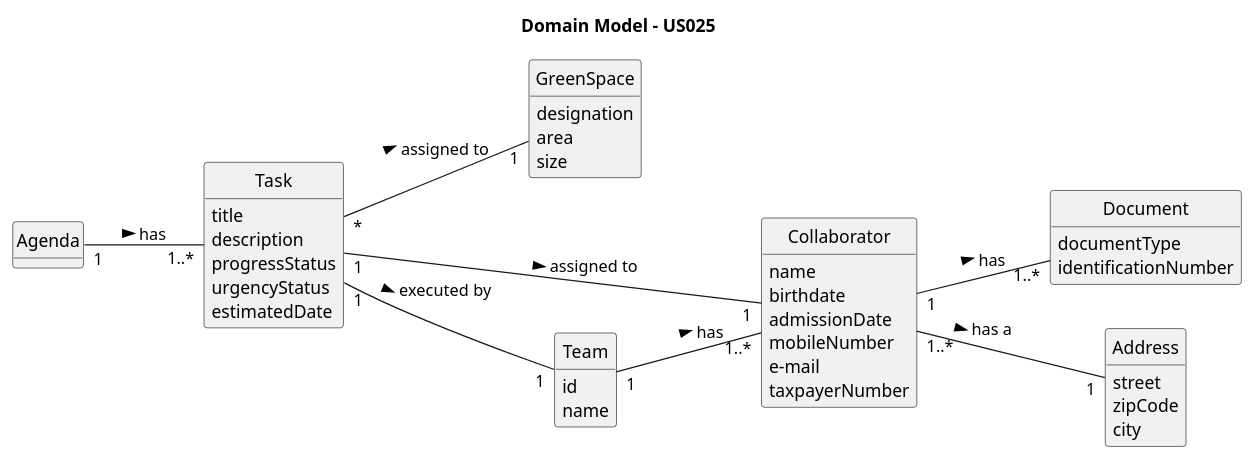
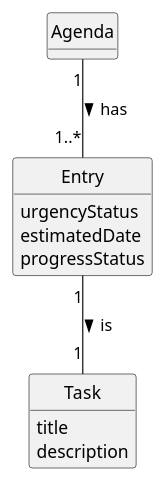
One commit to ricardomm7/leaflink changed the diagram in docs/sprintC/us025/02.analysis/puml/us025-domain-model.puml. Above: the diagram before and after it, drawn with PlantUML. The commit also changed 30 other files, not shown here.

Commit message:
Change Task to Entry in US24, US25, US29; Update domain model; Send verification from UI to Domain (Vehicle)

```diff
--- a/docs/sprintC/us025/02.analysis/puml/us025-domain-model.puml
+++ b/docs/sprintC/us025/02.analysis/puml/us025-domain-model.puml
@@ -1,71 +1,40 @@
 @startuml
 skinparam monochrome true
 skinparam packageStyle rectangle
 skinparam shadowing false
 
-title Domain Model - US025
-
-left to right direction
+'left to right direction
 
 skinparam classAttributeIconSize 0
+
 hide circle
 hide methods
 
-class Agenda {
+
+
+class Entry {
+    urgencyStatus
+    estimatedDate
+    progressStatus
 
 }
+
 
 class Task {
     title
     description
-    progressStatus
-    urgencyStatus
-    estimatedDate
+
 }
 
-class GreenSpace{
-    designation
-    area
-    size
+class Agenda{
 }
 
-class Collaborator {
-    name
-    birthdate
-    admissionDate
-    mobileNumber
-    e-mail
-    taxpayerNumber
-}
 
-class Document{
-    documentType
-    identificationNumber
-}
 
-class Address{
-    street
-    zipCode
-    city
-}
 
-class Team {
-    id
-    name
-}
 
-Collaborator "1..*" -- "1" Address : has a >
+Agenda "1" -- "1..*" Entry: has >
 
-Collaborator "1" -- "1..*" Document : has >
-
-Agenda "1" -- "1..*" Task : has >
-
-Task "1" -- "1" Collaborator : assigned to >
-
-Task "1" -- "1" Team : executed by >
-
-Task "*" -- "1" GreenSpace: assigned to >
-
-Team "1" -- "1..*" Collaborator : has >
+Entry "1" -- "1" Task: is >
 
 @enduml
```
